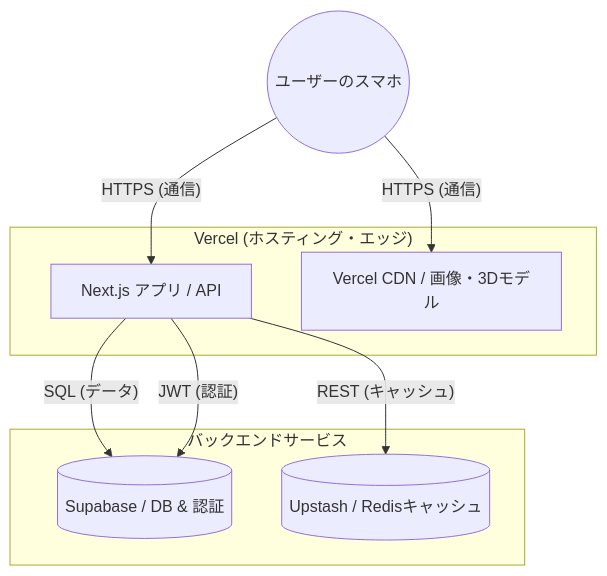
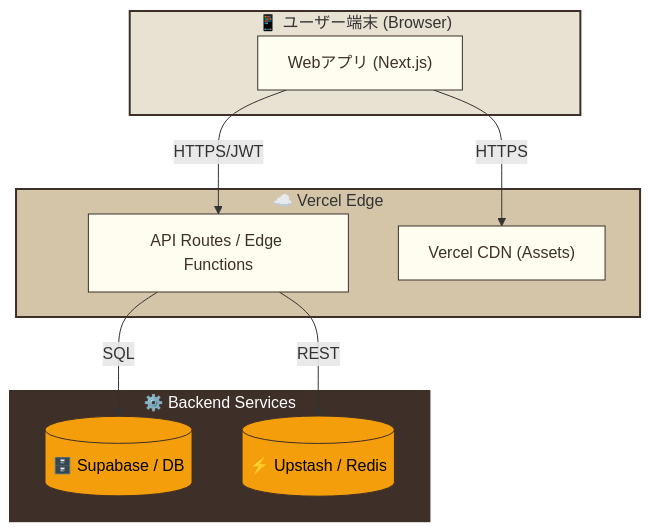
One commit to yuma25/ATD26 changed the fifth of 5 diagrams in docs/DIAGRAMS.md. Above: the diagram before and after it, drawn with Mermaid. The commit also changed other lines of this file and 42 other files, not shown here.

````diff
--- a/docs/DIAGRAMS.md
+++ b/docs/DIAGRAMS.md
@@ -174,20 +141,31 @@
 ```mermaid
-graph TD
-    User((ユーザーのスマホ))
-    
-    subgraph CloudVercel ["Vercel (ホスティング・エッジ)"]
-        Next["Next.js アプリ / API"]
-        CDN["Vercel CDN / 画像・3Dモデル"]
+graph TB
+    subgraph Client ["📱 ユーザー端末 (Browser)"]
+        UI["Webアプリ (Next.js)"]
     end
     
-    subgraph BaaS ["バックエンドサービス"]
-        Supa[("Supabase / DB & 認証")]
-        Redis[("Upstash / Redisキャッシュ")]
+    subgraph Vercel ["☁️ Vercel Edge"]
+        API["API Routes / Edge Functions"]
+        CDN["Vercel CDN (Assets)"]
     end
     
-    User -- "HTTPS (通信)" --> CDN
-    User -- "HTTPS (通信)" --> Next
-    Next -- "SQL (データ)" --> Supa
-    Next -- "REST (キャッシュ)" --> Redis
-    Next -- "JWT (認証)" --> Supa
+    subgraph Backend ["⚙️ Backend Services"]
+        Supa[("🗄️ Supabase / DB")]
+        Redis[("⚡ Upstash / Redis")]
+    end
+    
+    UI -- HTTPS/JWT --> API
+    UI -- HTTPS --> CDN
+    API -- SQL --> Supa
+    API -- REST --> Redis
+    
+    %% スタイル定義
+    style Client fill:#e8e2d2,stroke:#3e2f28,stroke-width:2px
+    style Vercel fill:#d4c5a9,stroke:#3e2f28,stroke-width:2px
+    style Backend fill:#3e2f28,color:#fff,stroke:#3e2f28,stroke-width:2px
+    style UI fill:#fffdf0,color:#3e2f28,stroke:#3e2f28
+    style API fill:#fffdf0,color:#3e2f28,stroke:#3e2f28
+    style CDN fill:#fffdf0,color:#3e2f28,stroke:#3e2f28
+    style Supa fill:#f59e0b,color:#000,stroke:#3e2f28
+    style Redis fill:#f59e0b,color:#000,stroke:#3e2f28
 ```
````
